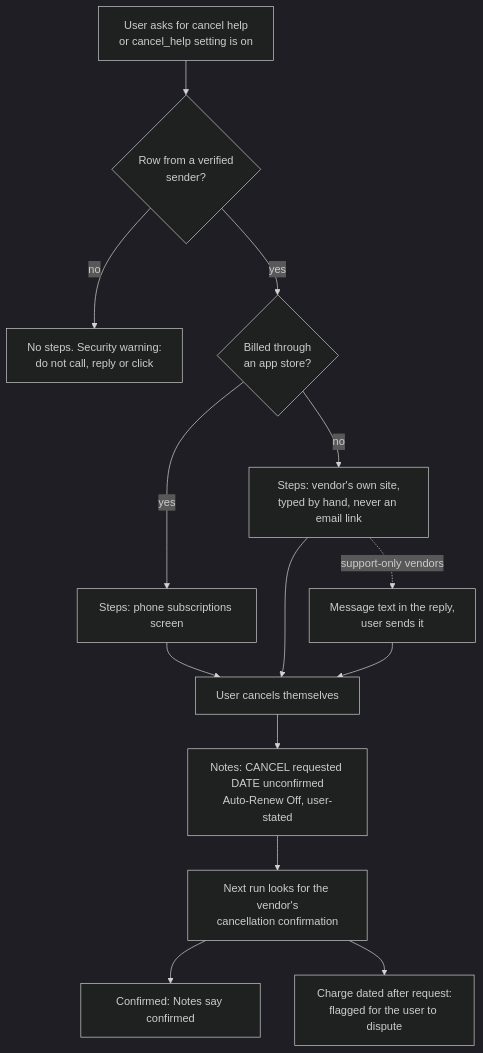
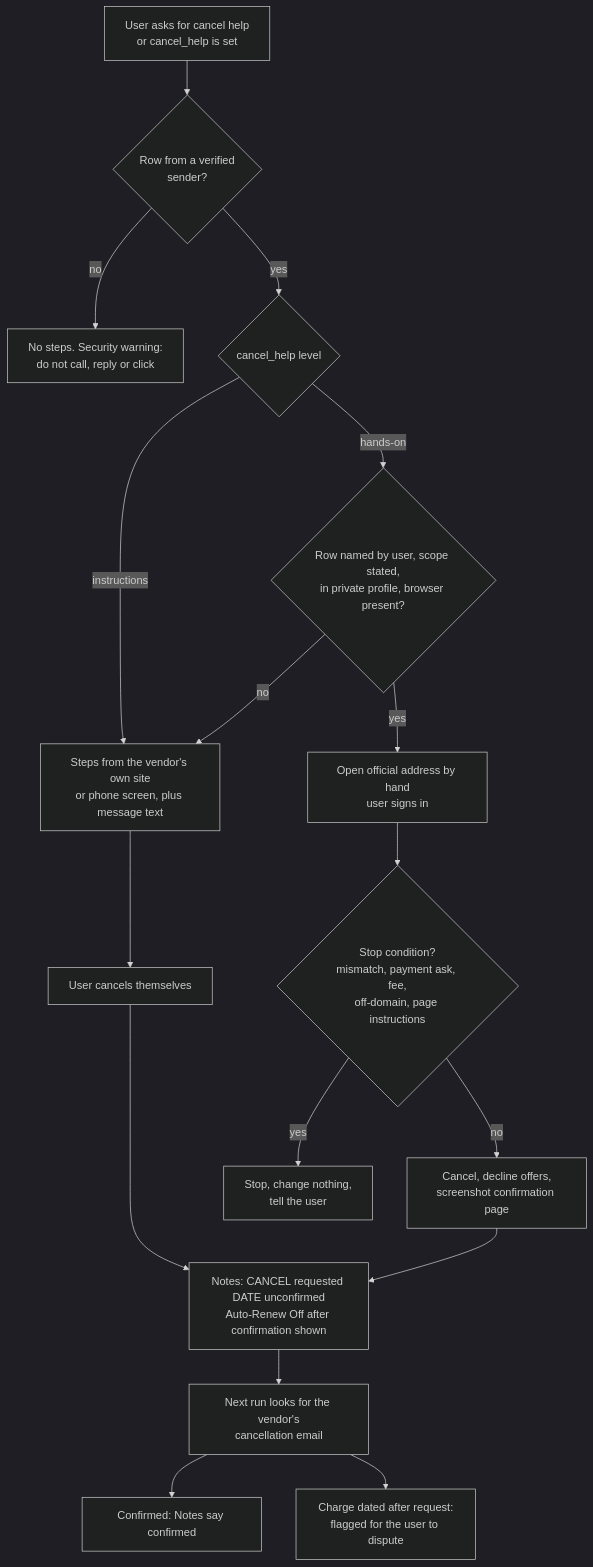
Before and after one commit to TaylorONeal/clean-gmail: the fourth of 4 diagrams in skills/subscription-tracker/references/diagrams.md, drawn with Mermaid (dark theme). The commit also changed other lines of this file and 5 other files, not shown here.

First line of the commit message:
Add opt-in hands-on cancellation mode to subscription-tracker

````diff
--- a/skills/subscription-tracker/references/diagrams.md
+++ b/skills/subscription-tracker/references/diagrams.md
@@ -60,16 +60,19 @@
 ```mermaid
 flowchart TD
-  U[User asks for cancel help<br/>or cancel_help setting is on] --> V{Row from a verified<br/>sender?}
+  U[User asks for cancel help<br/>or cancel_help is set] --> V{Row from a verified<br/>sender?}
   V -- no --> W[No steps. Security warning:<br/>do not call, reply or click]
-  V -- yes --> X{Billed through<br/>an app store?}
-  X -- yes --> Y[Steps: phone subscriptions screen]
-  X -- no --> Z[Steps: vendor's own site,<br/>typed by hand, never an email link]
-  Y --> T[User cancels themselves]
-  Z --> T
-  Z -. support-only vendors .-> M[Message text in the reply,<br/>user sends it]
-  M --> T
-  T --> N[Notes: CANCEL requested DATE unconfirmed<br/>Auto-Renew Off, user-stated]
-  N --> R[Next run looks for the vendor's<br/>cancellation confirmation]
+  V -- yes --> L{cancel_help level}
+  L -- instructions --> I[Steps from the vendor's own site<br/>or phone screen, plus message text]
+  I --> T[User cancels themselves]
+  L -- hands-on --> A{Row named by user, scope stated,<br/>in private profile, browser present?}
+  A -- no --> I
+  A -- yes --> H[Open official address by hand<br/>user signs in]
+  H --> S{Stop condition?<br/>mismatch, payment ask, fee,<br/>off-domain, page instructions}
+  S -- yes --> X[Stop, change nothing,<br/>tell the user]
+  S -- no --> K[Cancel, decline offers,<br/>screenshot confirmation page]
+  K --> N
+  T --> N[Notes: CANCEL requested DATE unconfirmed<br/>Auto-Renew Off after confirmation shown]
+  N --> R[Next run looks for the vendor's<br/>cancellation email]
   R --> C1[Confirmed: Notes say confirmed]
   R --> C2[Charge dated after request:<br/>flagged for the user to dispute]
 ```
````
